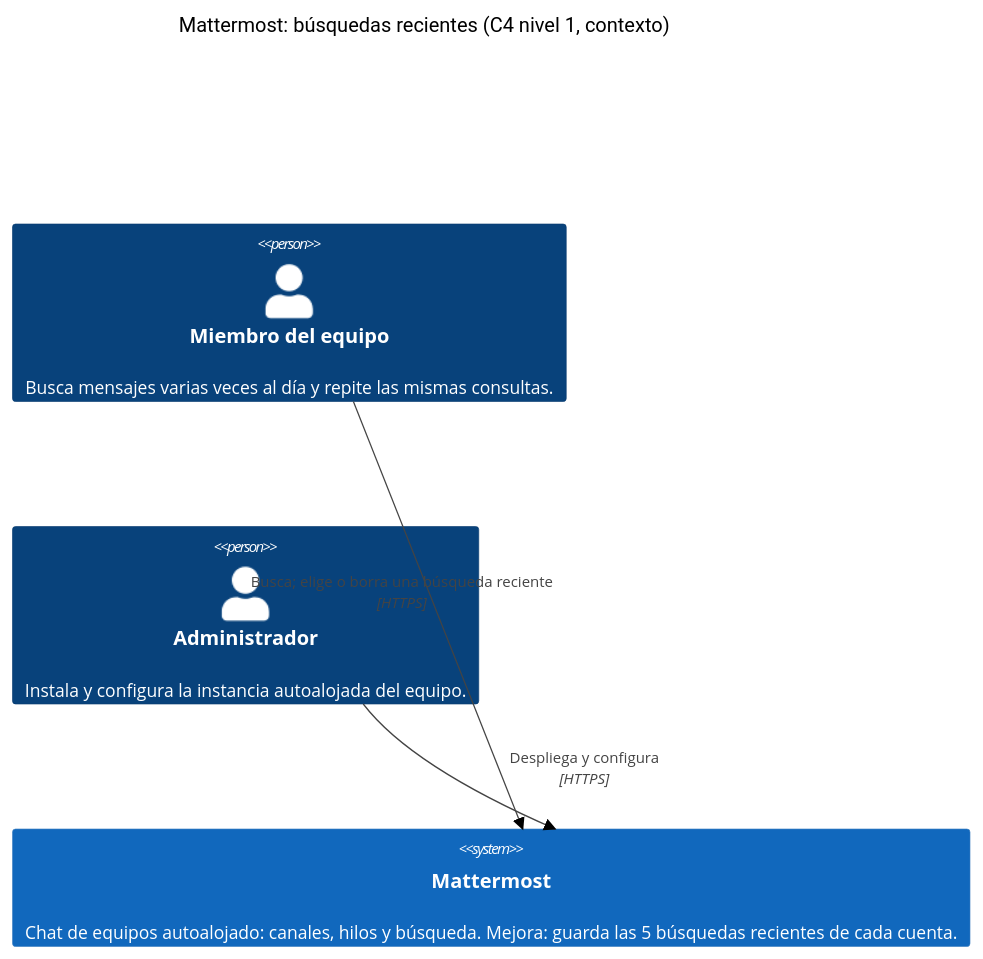
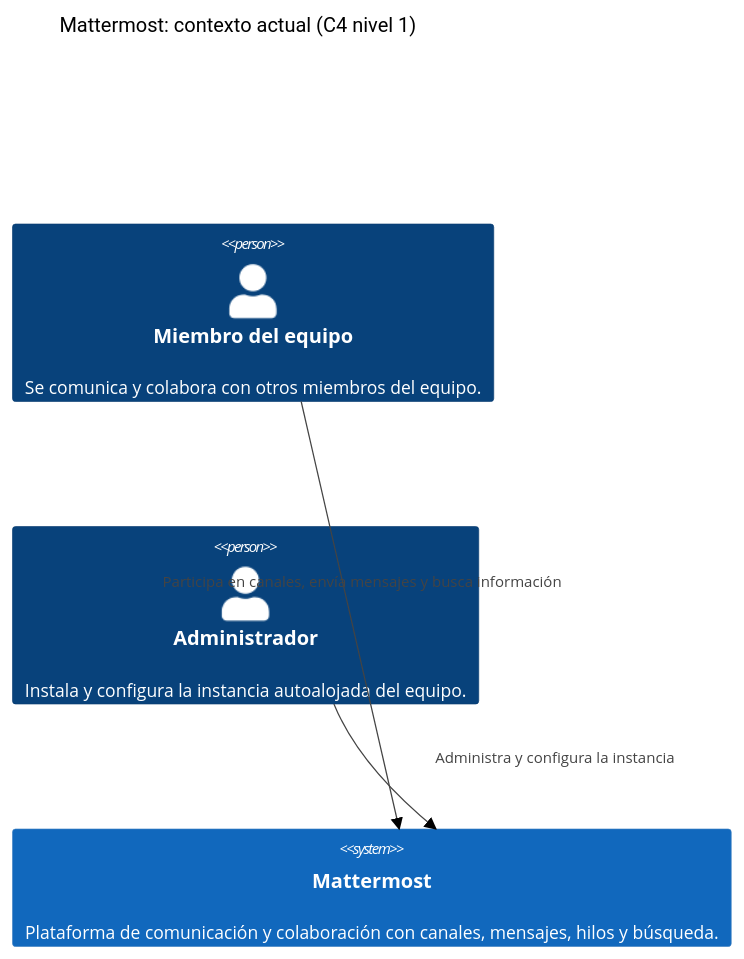
Before and after one commit to danielcanessa/mattermost: the diagram in README.md, drawn with Mermaid (neutral theme). The commit also changed other lines of this file and 1 other file, not shown here.

Commit message:
Ajustar C4 al contexto actual de Mattermost
Separar los cambios previstos del diagrama de contexto y
mantenerlos en el alcance de la mejora. Sincronizar el README.

````diff
--- a/README.md
+++ b/README.md
@@ -51,16 +53,16 @@
 ```mermaid
 C4Context
-  title Mattermost: búsquedas recientes (C4 nivel 1, contexto)
+  title Mattermost: contexto actual (C4 nivel 1)
 
-  Person(miembro, "Miembro del equipo", "Busca mensajes varias veces al día y repite las mismas consultas.")
+  Person(miembro, "Miembro del equipo", "Se comunica y colabora con otros miembros del equipo.")
   Person(admin, "Administrador", "Instala y configura la instancia autoalojada del equipo.")
 
-  System(mattermost, "Mattermost", "Chat de equipos autoalojado: canales, hilos y búsqueda. Mejora: guarda las 5 búsquedas recientes de cada cuenta.")
+  System(mattermost, "Mattermost", "Plataforma de comunicación y colaboración con canales, mensajes, hilos y búsqueda.")
 
-  Rel(miembro, mattermost, "Busca; elige o borra una búsqueda reciente", "HTTPS")
-  Rel(admin, mattermost, "Despliega y configura", "HTTPS")
+  Rel(miembro, mattermost, "Participa en canales, envía mensajes y busca información")
+  Rel(admin, mattermost, "Administra y configura la instancia")
 
   UpdateRelStyle(miembro, mattermost, $offsetX="-150", $offsetY="-30")
   UpdateRelStyle(admin, mattermost, $offsetX="40", $offsetY="-10")
   UpdateLayoutConfig($c4ShapeInRow="2", $c4BoundaryInRow="1")
 ```
````
